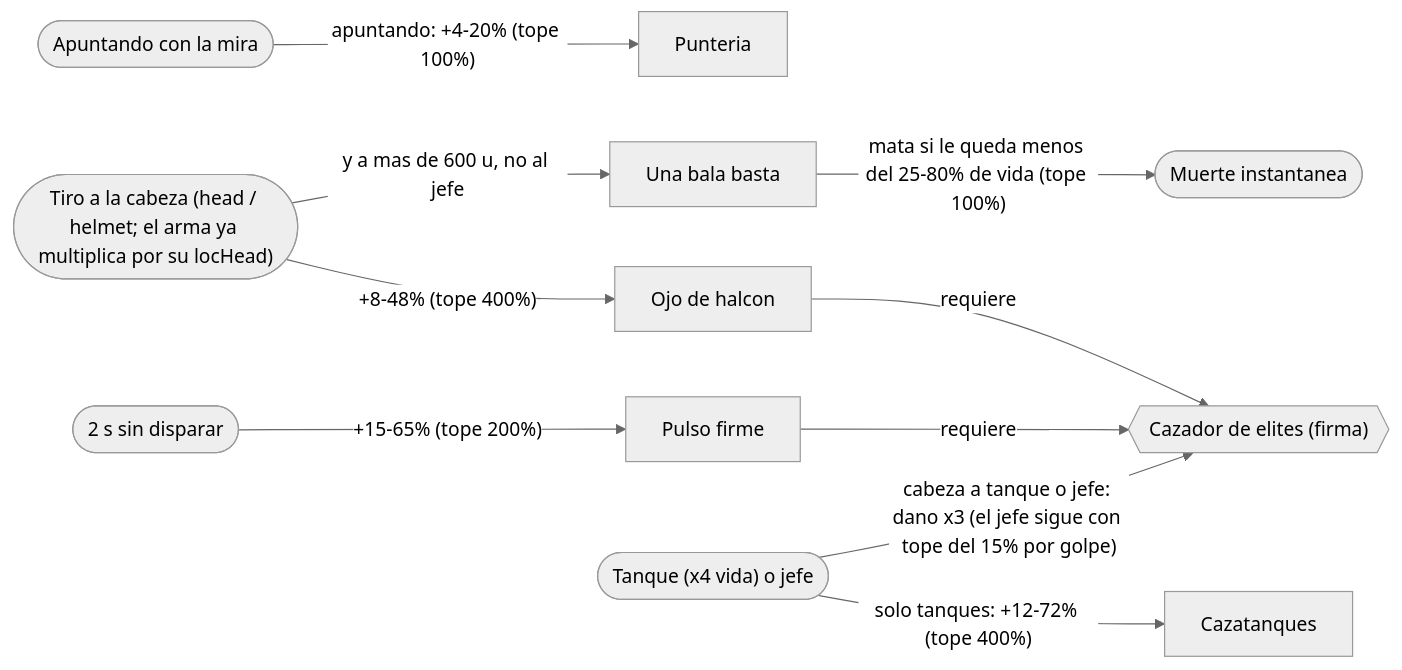
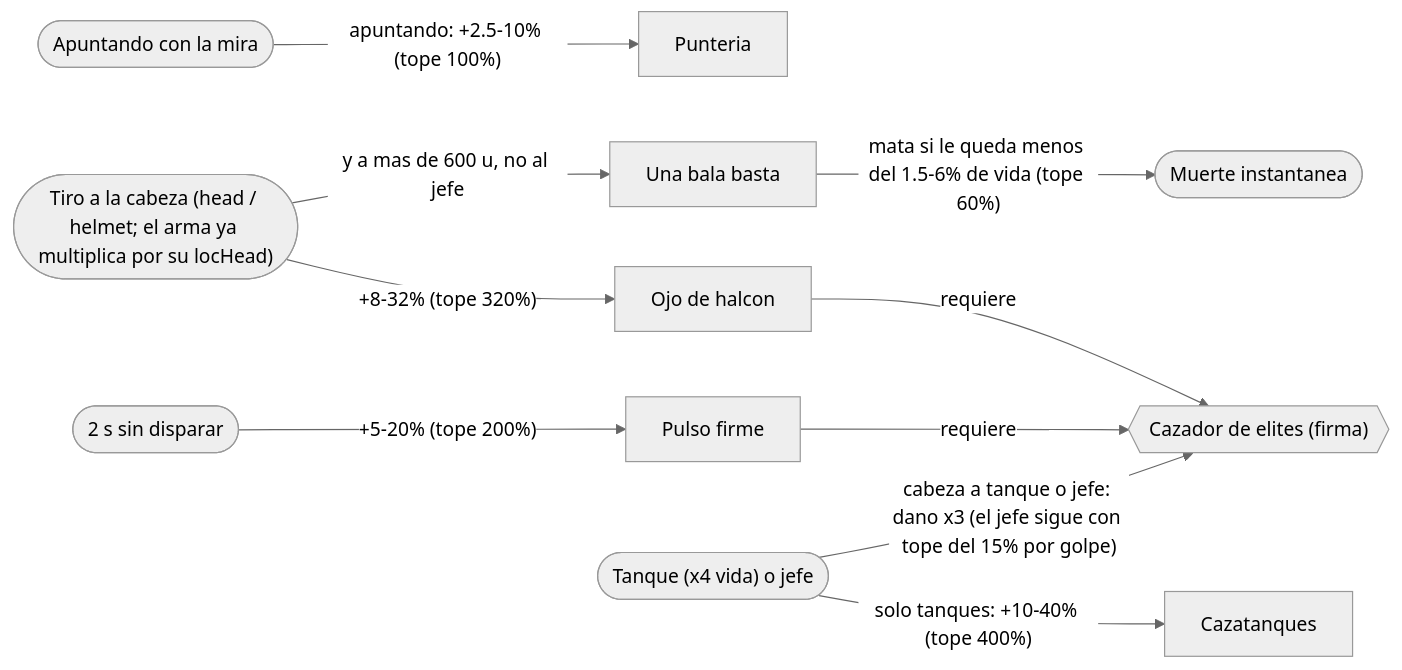
The eighth of 15 diagrams in ARQUETIPOS.md (emailyasi1/bo2jodas), drawn with Mermaid (neutral theme) before and after one commit. The commit also changed other lines of this file and 12 other files, not shown here.

First line of the commit message:
1.10.10: 10 copias por carta, aguante de los zombies, dificultad (Maldicion), barra de vida

````diff
--- a/ARQUETIPOS.md
+++ b/ARQUETIPOS.md
@@ -311,23 +311,23 @@
 ```mermaid
 flowchart LR
     cabeza["Ojo de halcon"]
     punteria["Punteria"]
     cazatanques["Cazatanques"]
     pulso["Pulso firme"]
     unabala["Una bala basta"]
     elites{{"Cazador de elites (firma)"}}
+    QUIETO2S(["2 s sin disparar"])
+    CABEZA(["Tiro a la cabeza (head / helmet; el arma ya multiplica por su locHead)"])
+    MIRA(["Apuntando con la mira"])
+    ELITE(["Tanque (x4 vida) o jefe"])
     MATA(["Muerte instantanea"])
-    ELITE(["Tanque (x4 vida) o jefe"])
-    CABEZA(["Tiro a la cabeza (head / helmet; el arma ya multiplica por su locHead)"])
-    QUIETO2S(["2 s sin disparar"])
-    MIRA(["Apuntando con la mira"])
-    CABEZA -->|"+8-48% (tope 400%)"| cabeza
-    MIRA -->|"apuntando: +4-20% (tope 100%)"| punteria
-    ELITE -->|"solo tanques: +12-72% (tope 400%)"| cazatanques
-    QUIETO2S -->|"+15-65% (tope 200%)"| pulso
+    CABEZA -->|"+8-32% (tope 320%)"| cabeza
+    MIRA -->|"apuntando: +2.5-10% (tope 100%)"| punteria
+    ELITE -->|"solo tanques: +10-40% (tope 400%)"| cazatanques
+    QUIETO2S -->|"+5-20% (tope 200%)"| pulso
     CABEZA -->|"y a mas de 600 u, no al jefe"| unabala
-    unabala -->|"mata si le queda menos del 25-80% de vida (tope 100%)"| MATA
+    unabala -->|"mata si le queda menos del 1.5-6% de vida (tope 60%)"| MATA
     cabeza -->|"requiere"| elites
     pulso -->|"requiere"| elites
     ELITE -->|"cabeza a tanque o jefe: dano x3 (el jefe sigue con tope del 15% por golpe)"| elites
 ```
````
